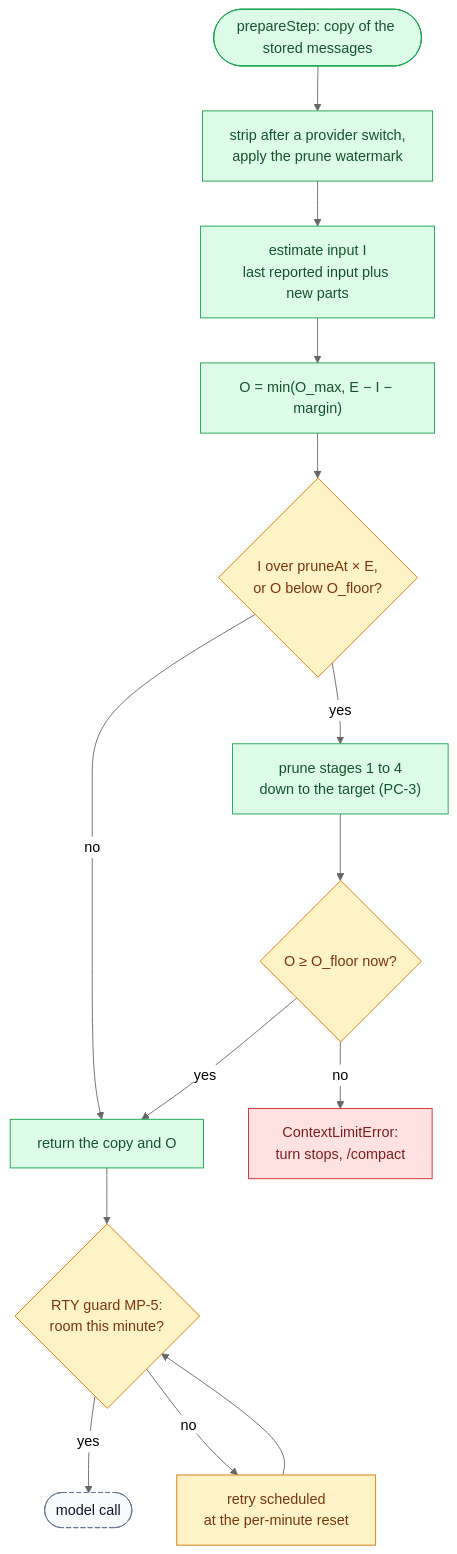
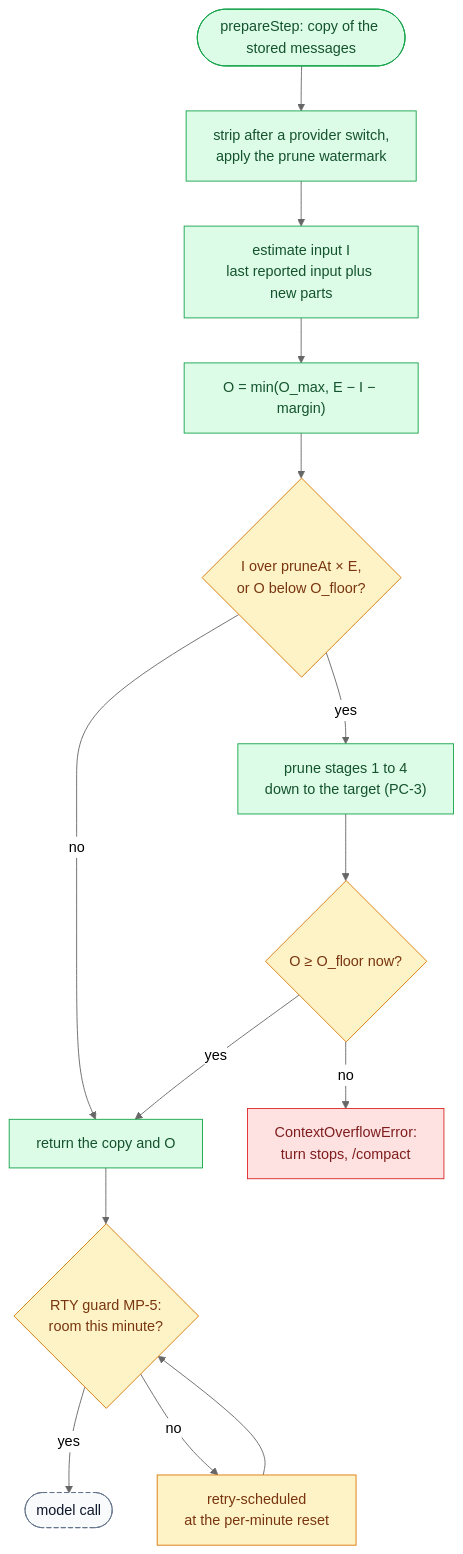
Before and after one commit to Dakshnagpal/antai-agent: the third of 5 diagrams in docs/Deliverables/08_prompt_context_design.md, drawn with Mermaid (neutral theme). The commit also changed other lines of this file and 18 other files, not shown here.

````diff
--- a/docs/Deliverables/08_prompt_context_design.md
+++ b/docs/Deliverables/08_prompt_context_design.md
@@ -746,24 +751,24 @@
 ```mermaid
 flowchart TB
     S(["prepareStep: copy of the stored messages"]) --> W["strip after a provider switch,<br/>apply the prune watermark"]
     W --> EST["estimate input I<br/>last reported input plus new parts"]
     EST --> OUT["O = min(O_max, E − I − margin)"]
     OUT --> C1{"I over pruneAt × E,<br/>or O below O_floor?"}
     C1 -- "no" --> SEND["return the copy and O"]
     C1 -- "yes" --> PRN["prune stages 1 to 4<br/>down to the target (PC-3)"]
     PRN --> C2{"O ≥ O_floor now?"}
     C2 -- "yes" --> SEND
-    C2 -- "no" --> STOP["ContextLimitError:<br/>turn stops, /compact"]
+    C2 -- "no" --> STOP["ContextOverflowError:<br/>turn stops, /compact"]
     SEND --> RTY{"RTY guard MP-5:<br/>room this minute?"}
     RTY -- "yes" --> CALL(["model call"])
-    RTY -- "no" --> WAIT["retry scheduled<br/>at the per-minute reset"]
+    RTY -- "no" --> WAIT["retry-scheduled<br/>at the per-minute reset"]
     WAIT --> RTY
     classDef core fill:#dcfce7,stroke:#16a34a,color:#14532d
     classDef safety fill:#fee2e2,stroke:#dc2626,color:#7f1d1d
     classDef infra fill:#fef3c7,stroke:#d97706,color:#78350f
     classDef ext fill:#f8fafc,stroke:#64748b,color:#0f172a,stroke-dasharray:5 3
     class S,W,EST,OUT,PRN,SEND core
     class C1,C2,RTY,WAIT infra
     class STOP safety
     class CALL ext
 ```
````
